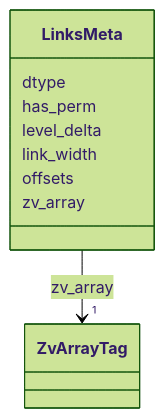
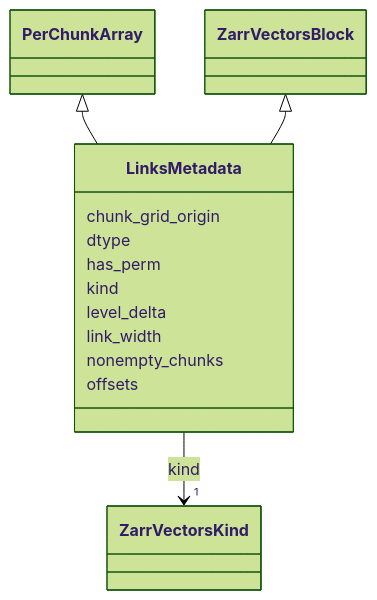
Diagram 16 of 35 in schema/reference.md (AllenInstitute/zarr-vectors-py), drawn with Mermaid (forest theme) before and after one commit. The commit also changed other lines of this file and 14 other files, not shown here.

First line of the commit message:
Replace the LinkML schema with the convention's model from zarr_vectors

````diff
--- a/schema/reference.md
+++ b/schema/reference.md
@@ -4497,27 +5362,36 @@
 ```mermaid
  classDiagram
-    class LinksMeta
-    click LinksMeta href "../LinksMeta/"
-      LinksMeta : dtype
+    class LinksMetadata
+    click LinksMetadata href "../LinksMetadata/"
+      PerChunkArray <|-- LinksMetadata
+        click PerChunkArray href "../PerChunkArray/"
+      ZarrVectorsBlock <|-- LinksMetadata
+        click ZarrVectorsBlock href "../ZarrVectorsBlock/"
+      
+      LinksMetadata : chunk_grid_origin
         
-      LinksMeta : has_perm
+      LinksMetadata : dtype
         
-      LinksMeta : level_delta
+      LinksMetadata : has_perm
         
-      LinksMeta : link_width
-        
-      LinksMeta : offsets
-        
-      LinksMeta : zv_array
+      LinksMetadata : kind
         
           
     
         
         
-        LinksMeta --> "1" ZvArrayTag : zv_array
-        click ZvArrayTag href "../ZvArrayTag/"
+        LinksMetadata --> "1" ZarrVectorsKind : kind
+        click ZarrVectorsKind href "../ZarrVectorsKind/"
     
 
         
+      LinksMetadata : level_delta
+        
+      LinksMetadata : link_width
+        
+      LinksMetadata : nonempty_chunks
+        
+      LinksMetadata : offsets
+        
       
 ```
````
